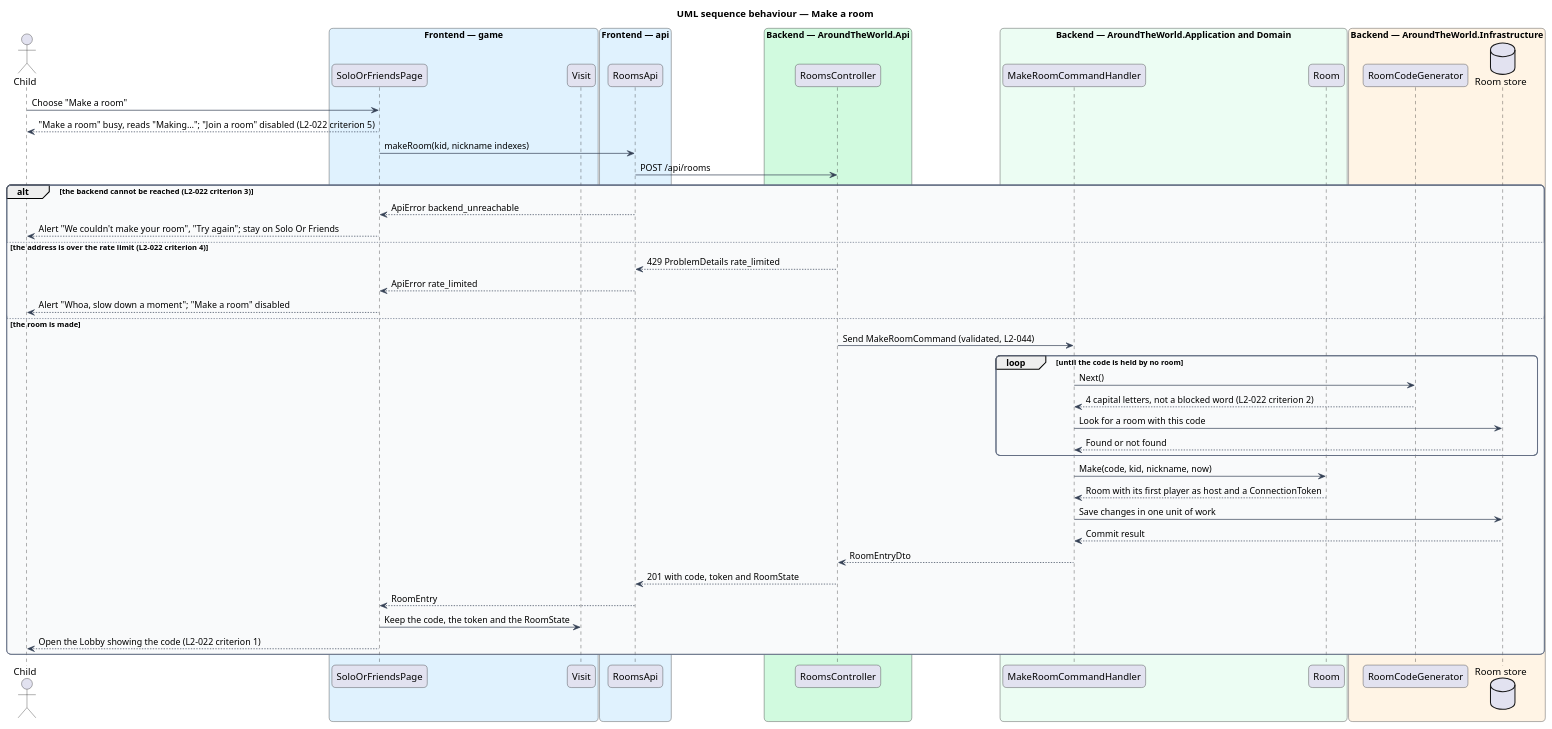
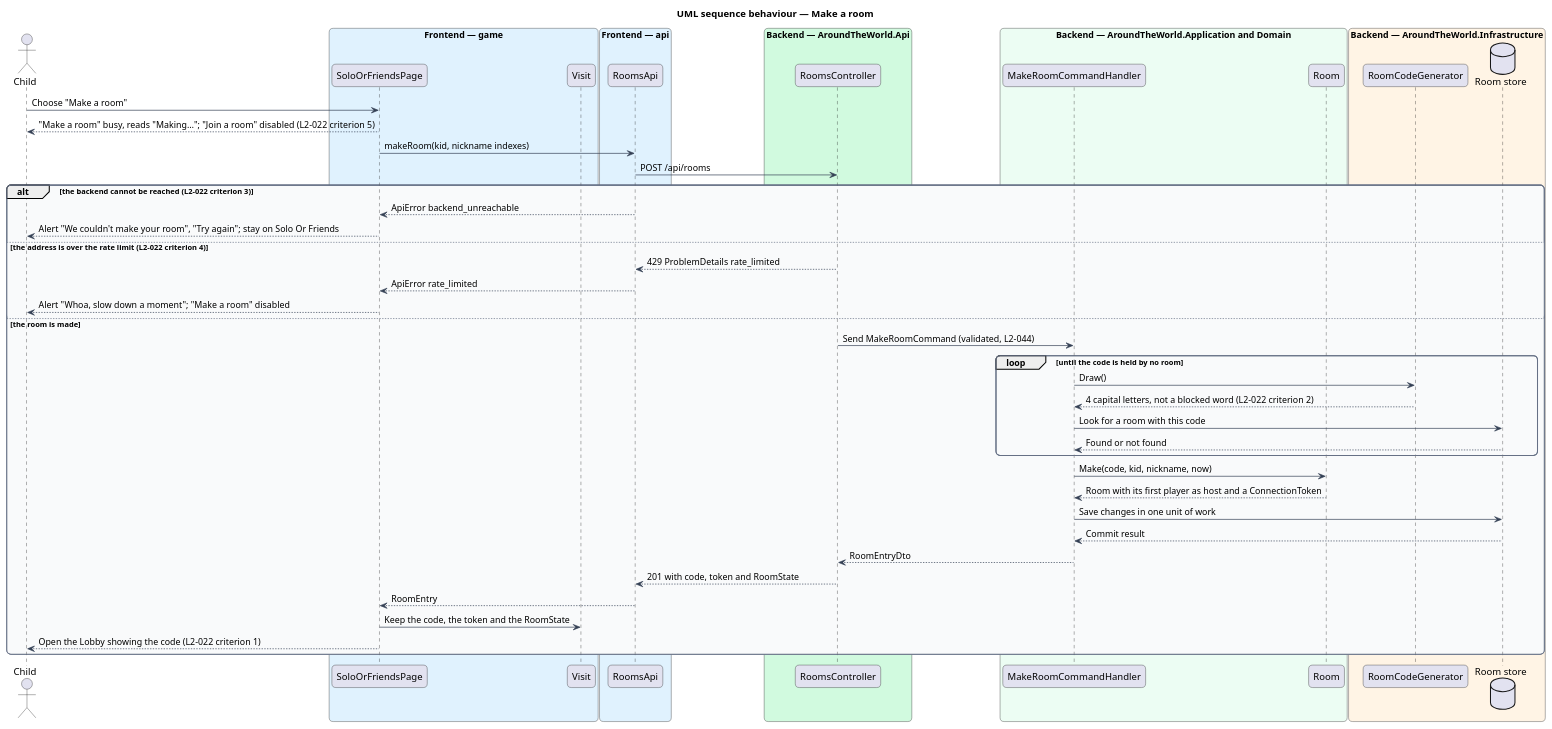
Before and after one commit to QuinntyneBrown/around-the-world: the diagram in docs/detailed-designs/rooms/make-room/diagrams/sequence-make-room.puml, drawn with PlantUML. The commit also changed 46 other files, not shown here.

```diff
--- a/docs/detailed-designs/rooms/make-room/diagrams/sequence-make-room.puml
+++ b/docs/detailed-designs/rooms/make-room/diagrams/sequence-make-room.puml
@@ -1,65 +1,65 @@
 @startuml
 title UML sequence behaviour — Make a room
 skinparam backgroundColor #FFFFFF
 skinparam shadowing false
 skinparam roundcorner 12
 skinparam defaultFontName Arial
 skinparam ArrowColor #344054
 skinparam rectangle {
   BorderColor #344054
   FontColor #101828
 }
 skinparam package {
   BorderColor #667085
   FontColor #101828
   BackgroundColor #F9FAFB
 }
 actor "Child" as actor
 box "Frontend — game" #E0F2FE
   participant "SoloOrFriendsPage" as page
   participant "Visit" as session
 end box
 box "Frontend — api" #E0F2FE
   participant "RoomsApi" as client
 end box
 box "Backend — AroundTheWorld.Api" #D1FADF
   participant "RoomsController" as controller
 end box
 box "Backend — AroundTheWorld.Application and Domain" #ECFDF3
   participant "MakeRoomCommandHandler" as handler
   participant "Room" as room
 end box
 box "Backend — AroundTheWorld.Infrastructure" #FFF4E5
   participant "RoomCodeGenerator" as codes
   database "Room store" as db
 end box
 actor -> page : Choose "Make a room"
 page --> actor : "Make a room" busy, reads "Making…"; "Join a room" disabled (L2-022 criterion 5)
 page -> client : makeRoom(kid, nickname indexes)
 client -> controller : POST /api/rooms
 alt the backend cannot be reached (L2-022 criterion 3)
   client --> page : ApiError backend_unreachable
   page --> actor : Alert "We couldn't make your room", "Try again"; stay on Solo Or Friends
 else the address is over the rate limit (L2-022 criterion 4)
   controller --> client : 429 ProblemDetails rate_limited
   client --> page : ApiError rate_limited
   page --> actor : Alert "Whoa, slow down a moment"; "Make a room" disabled
 else the room is made
   controller -> handler : Send MakeRoomCommand (validated, L2-044)
   loop until the code is held by no room
-    handler -> codes : Next()
+    handler -> codes : Draw()
     codes --> handler : 4 capital letters, not a blocked word (L2-022 criterion 2)
     handler -> db : Look for a room with this code
     db --> handler : Found or not found
   end
   handler -> room : Make(code, kid, nickname, now)
   room --> handler : Room with its first player as host and a ConnectionToken
   handler -> db : Save changes in one unit of work
   db --> handler : Commit result
   handler --> controller : RoomEntryDto
   controller --> client : 201 with code, token and RoomState
   client --> page : RoomEntry
   page -> session : Keep the code, the token and the RoomState
   page --> actor : Open the Lobby showing the code (L2-022 criterion 1)
 end
 @enduml
```
